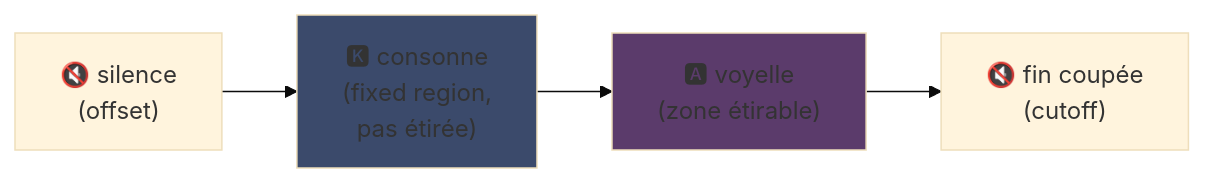
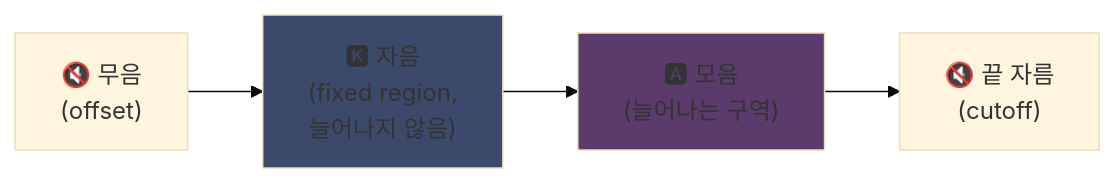
One commit to fox3000foxy/fox3000foxy.github.io changed the first of 2 diagrams in public/articles/ko/utau.md. Above: the diagram before and after it, drawn with Mermaid (base theme). The commit also changed other lines of this file and 576 other files, not shown here.

````diff
--- a/public/articles/ko/utau.md
+++ b/public/articles/ko/utau.md
@@ -81,8 +81,8 @@
 ```mermaid
 flowchart LR
-    A["🔇 silence<br/>(offset)"] --> B["🅺 consonne<br/>(fixed region,<br/>pas étirée)"]
-    B --> C["🅰 voyelle<br/>(zone étirable)"]
-    C --> D["🔇 fin coupée<br/>(cutoff)"]
+    A["🔇 무음<br/>(offset)"] --> B["🅺 자음<br/>(fixed region,<br/>늘어나지 않음)"]
+    B --> C["🅰 모음<br/>(늘어나는 구역)"]
+    C --> D["🔇 끝 자름<br/>(cutoff)"]
     style B fill:#3b4a6b
     style C fill:#5b3b6b
 ```
````
